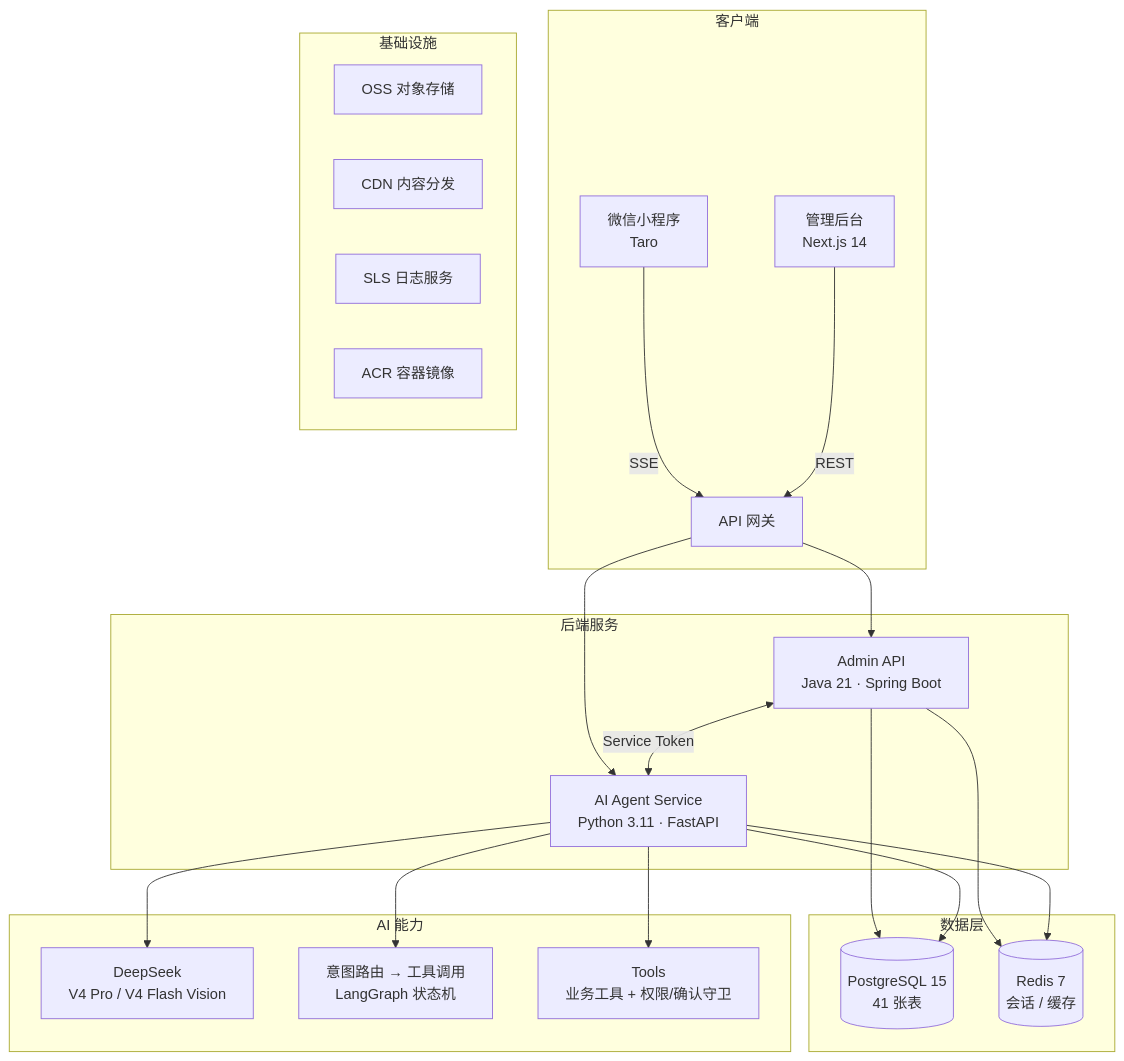
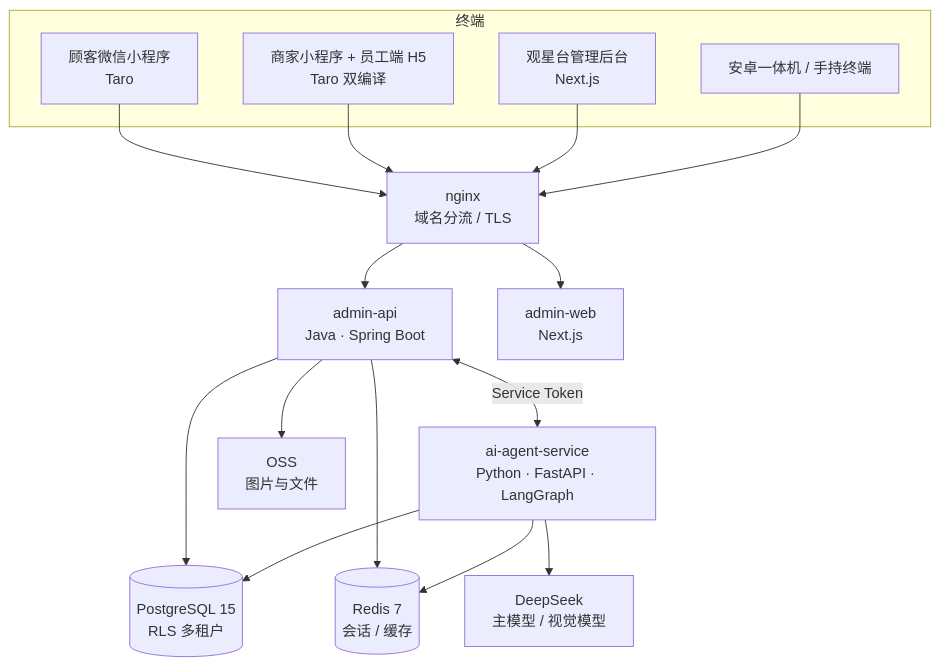
The diagram in README.md (zhaokai-mgzn/migao), drawn with Mermaid before and after one commit. The commit also changed other lines of this file and 18 other files, not shown here.

````diff
--- a/README.md
+++ b/README.md
@@ -22,33 +77,34 @@
 ```mermaid
 graph TB
-    subgraph 客户端
-        A[微信小程序<br/>Taro] --> |SSE| GW[API 网关]
-        B[管理后台<br/>Next.js 14] --> |REST| GW
+    subgraph terminals["终端"]
+        A["顾客微信小程序<br/>Taro"]
+        B["商家小程序 + 员工端 H5<br/>Taro 双编译"]
+        C["观星台管理后台<br/>Next.js"]
+        D["安卓一体机 / 手持终端"]
     end
 
-    subgraph 后端服务
-        GW --> C[Admin API<br/>Java 21 · Spring Boot]
-        GW --> D[AI Agent Service<br/>Python 3.11 · FastAPI]
-        C <--> |Service Token| D
-    end
+    GW["nginx<br/>域名分流 / TLS"]
+    A --> GW
+    B --> GW
+    C --> GW
+    D --> GW
 
-    subgraph 数据层
-        C --> E[(PostgreSQL 15<br/>41 张表)]
-        C --> F[(Redis 7<br/>会话 / 缓存)]
-        D --> E
-        D --> F
-    end
+    API["admin-api<br/>Java · Spring Boot"]
+    WEB["admin-web<br/>Next.js"]
+    AGENT["ai-agent-service<br/>Python · FastAPI · LangGraph"]
+    GW --> API
+    GW --> WEB
+    API <--> |Service Token| AGENT
 
-    subgraph AI 能力
-        D --> H[DeepSeek<br/>V4 Pro / V4 Flash Vision]
-        D --> I[意图路由 → 工具调用<br/>LangGraph 状态机]
-        D --> J[Tools<br/>业务工具 + 权限/确认守卫]
-    end
+    PG[("PostgreSQL 15<br/>RLS 多租户")]
+    REDIS[("Redis 7<br/>会话 / 缓存")]
+    LLM["DeepSeek<br/>主模型 / 视觉模型"]
+    OSS["OSS<br/>图片与文件"]
 
-    subgraph 基础设施
-        K[OSS 对象存储]
-        L[CDN 内容分发]
-        M[SLS 日志服务]
-        N[ACR 容器镜像]
-    end
+    API --> PG
+    AGENT --> PG
+    API --> REDIS
+    AGENT --> REDIS
+    AGENT --> LLM
+    API --> OSS
 ```
````
